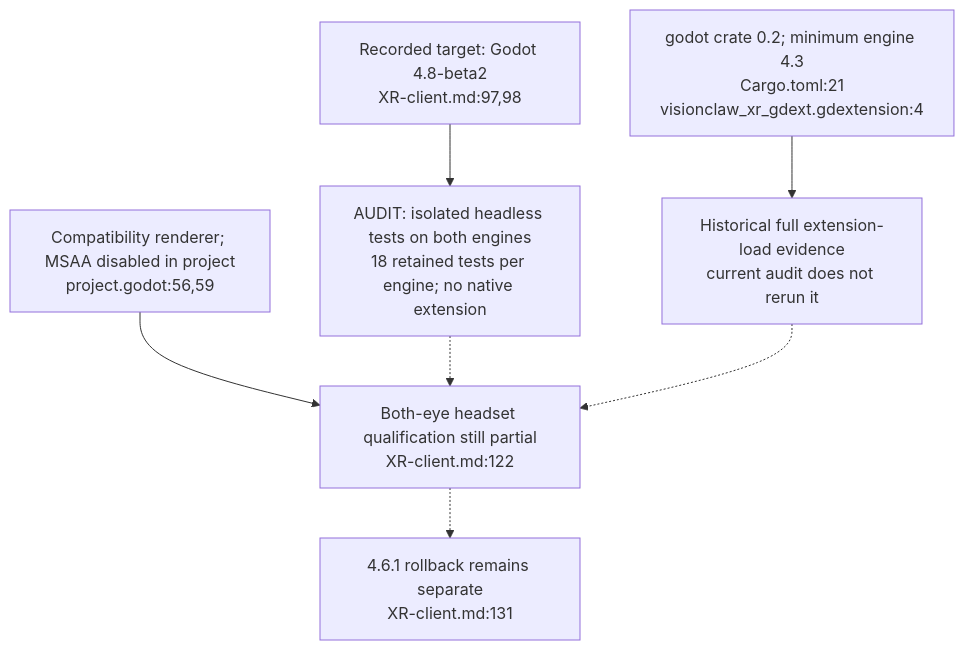
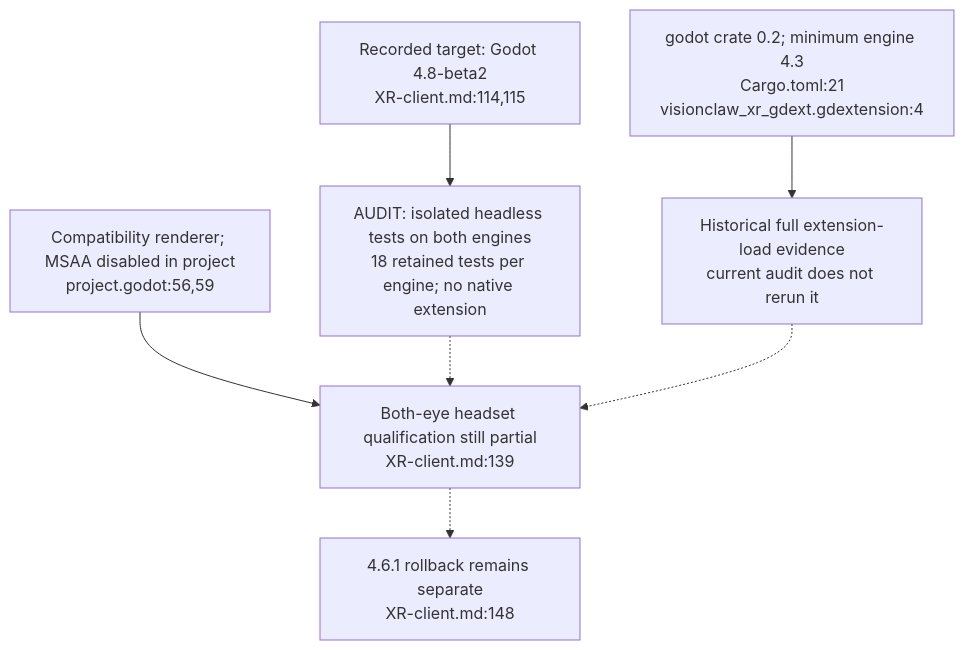
Before and after one commit to DreamLab-AI/VisionFlow: the fourth of 8 diagrams in docs/diagrams/visionclaw/51-xr-visual-budget-and-engine-gates.md, drawn with Mermaid. The commit also changed other lines of this file and 56 other files, not shown here.

First line of the commit message:
docs(diagrams): re-verify VisionClaw topics at ec785afa9, add VC-19/56/57 and the VisionClaw register

````diff
--- a/docs/diagrams/visionclaw/51-xr-visual-budget-and-engine-gates.md
+++ b/docs/diagrams/visionclaw/51-xr-visual-budget-and-engine-gates.md
@@ -79,10 +95,10 @@
 ```mermaid
 flowchart TD
-    TARGET["Recorded target: Godot 4.8-beta2<br/>XR-client.md:97,98"] --> CONTROLLER["AUDIT: isolated headless tests on both engines<br/>18 retained tests per engine; no native extension"]
-    ROLLBACK["4.6.1 rollback remains separate<br/>XR-client.md:131"]
+    TARGET["Recorded target: Godot 4.8-beta2<br/>XR-client.md:114,115"] --> CONTROLLER["AUDIT: isolated headless tests on both engines<br/>18 retained tests per engine; no native extension"]
+    ROLLBACK["4.6.1 rollback remains separate<br/>XR-client.md:148"]
     API["godot crate 0.2; minimum engine 4.3<br/>Cargo.toml:21<br/>visionclaw_xr_gdext.gdextension:4"] --> LOAD["Historical full extension-load evidence<br/>current audit does not rerun it"]
-    RENDER["Compatibility renderer; MSAA disabled in project<br/>project.godot:56,59"] --> STEREO["Both-eye headset qualification still partial<br/>XR-client.md:122"]
+    RENDER["Compatibility renderer; MSAA disabled in project<br/>project.godot:56,59"] --> STEREO["Both-eye headset qualification still partial<br/>XR-client.md:139"]
     CONTROLLER -.-> STEREO
     LOAD -.-> STEREO
     STEREO -.-> ROLLBACK
 ```
````
